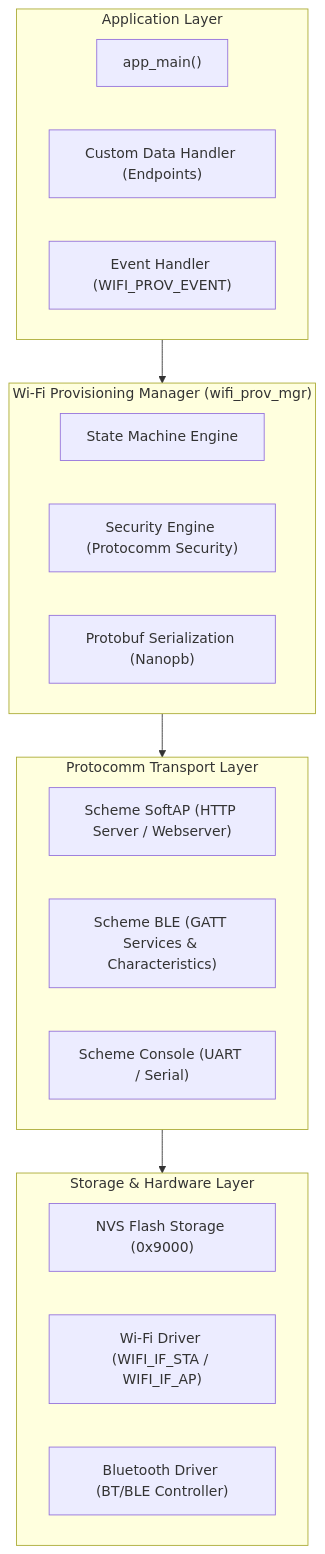
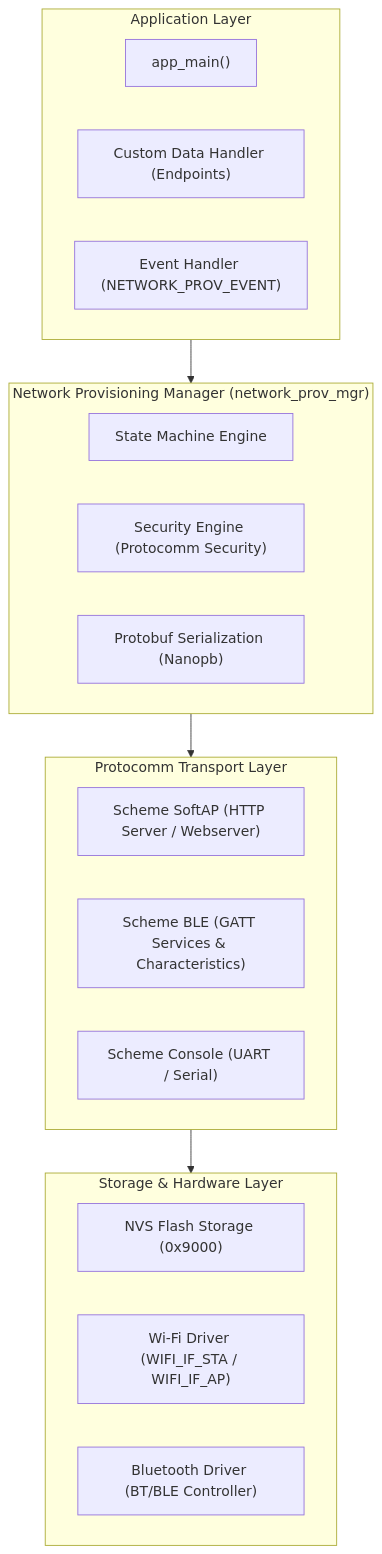
One commit to IoT-App-2569/Week-07-W-iFi-Privisioning changed the second of 3 diagrams in 01-WiFi-Provisioning-Architecture-and-Protocomm.md. Above: the diagram before and after it, drawn with Mermaid. The commit also changed other lines of this file and 44 other files, not shown here.

````diff
--- a/01-WiFi-Provisioning-Architecture-and-Protocomm.md
+++ b/01-WiFi-Provisioning-Architecture-and-Protocomm.md
@@ -26,30 +26,30 @@
 ```mermaid
 graph TD
     subgraph App_Layer["Application Layer"]
         A1["app_main()"]
         A2["Custom Data Handler (Endpoints)"]
-        A3["Event Handler (WIFI_PROV_EVENT)"]
+        A3["Event Handler (NETWORK_PROV_EVENT)"]
     end
 
-    subgraph Prov_Mgr["Wi-Fi Provisioning Manager (wifi_prov_mgr)"]
+    subgraph Prov_Mgr["Network Provisioning Manager (network_prov_mgr)"]
         B1["State Machine Engine"]
         B2["Security Engine (Protocomm Security)"]
         B3["Protobuf Serialization (Nanopb)"]
     end
 
     subgraph Transport_Layer["Protocomm Transport Layer"]
         C1["Scheme SoftAP (HTTP Server / Webserver)"]
         C2["Scheme BLE (GATT Services & Characteristics)"]
         C3["Scheme Console (UART / Serial)"]
     end
 
     subgraph Storage_HW["Storage & Hardware Layer"]
         D1["NVS Flash Storage (0x9000)"]
         D2["Wi-Fi Driver (WIFI_IF_STA / WIFI_IF_AP)"]
         D3["Bluetooth Driver (BT/BLE Controller)"]
     end
 
     App_Layer --> Prov_Mgr
     Prov_Mgr --> Transport_Layer
     Transport_Layer --> Storage_HW
 ```
````
